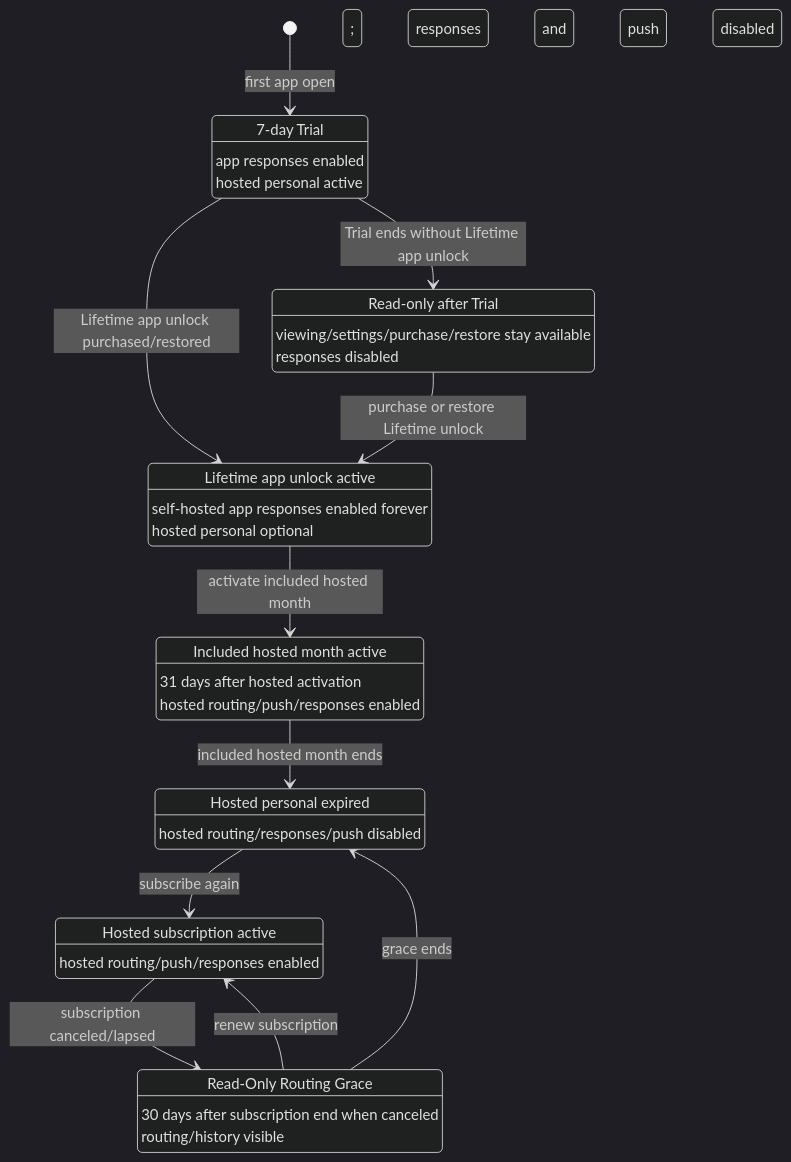
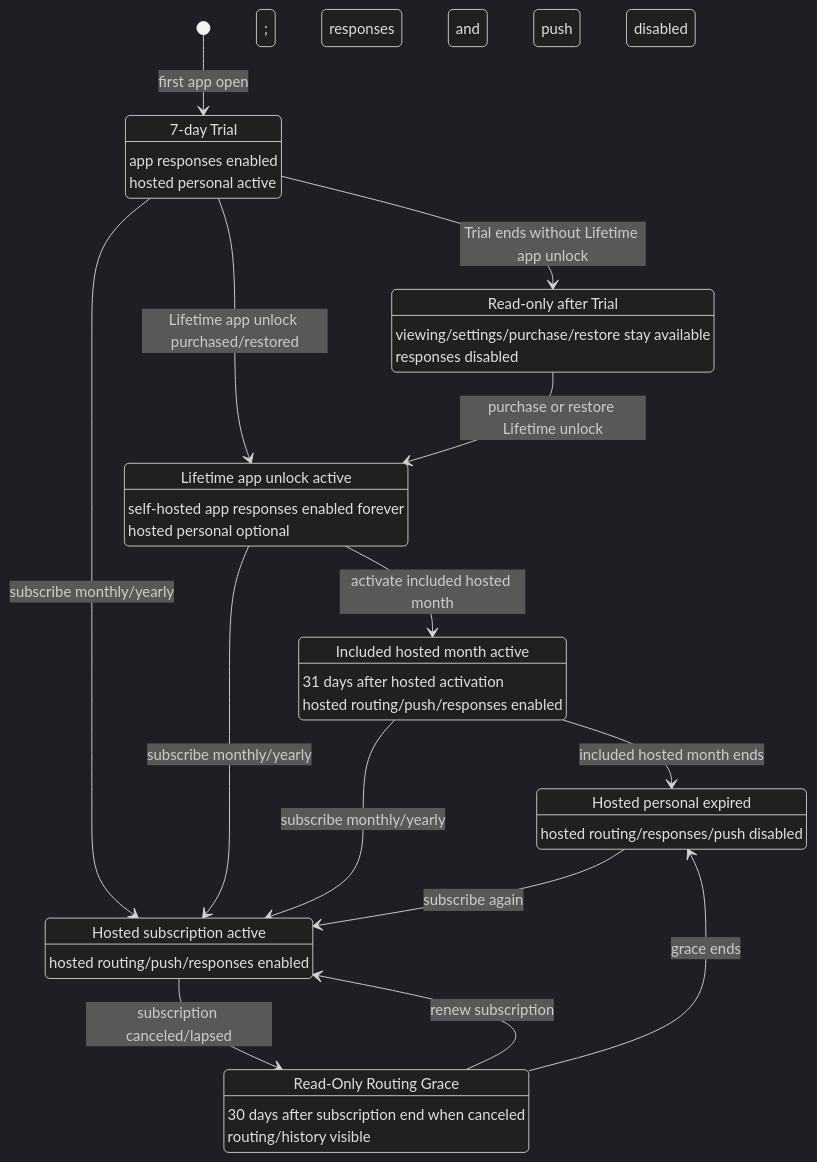
Before and after one commit to self-deprecated/agent-tick: the diagram in docs/entitlement-lifecycle.md, drawn with Mermaid (dark theme). The commit also changed other lines of this file and 22 other files, not shown here.

Commit message:
fix(billing): allow hosted subscriptions during trial

````diff
--- a/docs/entitlement-lifecycle.md
+++ b/docs/entitlement-lifecycle.md
@@ -12,38 +12,41 @@
 ```mermaid
 stateDiagram-v2
   [*] --> TrialActive: first app open
   TrialActive: 7-day Trial
   TrialActive: app responses enabled
   TrialActive: hosted personal active
   TrialActive --> TrialReadOnly: Trial ends without Lifetime app unlock
   TrialActive --> LifetimeUnlocked: Lifetime app unlock purchased/restored
+  TrialActive --> HostedSubscriptionActive: subscribe monthly/yearly
 
   TrialReadOnly: Read-only after Trial
   TrialReadOnly: viewing/settings/purchase/restore stay available
   TrialReadOnly: responses disabled
   TrialReadOnly --> LifetimeUnlocked: purchase or restore Lifetime unlock
 
   LifetimeUnlocked: Lifetime app unlock active
   LifetimeUnlocked: self-hosted app responses enabled forever
   LifetimeUnlocked: hosted personal optional
   LifetimeUnlocked --> IncludedHostedMonth: activate included hosted month
+  LifetimeUnlocked --> HostedSubscriptionActive: subscribe monthly/yearly
 
   IncludedHostedMonth: Included hosted month active
   IncludedHostedMonth: 31 days after hosted activation
   IncludedHostedMonth: hosted routing/push/responses enabled
   IncludedHostedMonth --> HostedExpired: included hosted month ends
+  IncludedHostedMonth --> HostedSubscriptionActive: subscribe monthly/yearly
 
   HostedSubscriptionActive: Hosted subscription active
   HostedSubscriptionActive: hosted routing/push/responses enabled
   HostedSubscriptionActive --> ReadOnlyRoutingGrace: subscription canceled/lapsed
 
   ReadOnlyRoutingGrace: Read-Only Routing Grace
   ReadOnlyRoutingGrace: 30 days after subscription end when canceled
   ReadOnlyRoutingGrace: routing/history visible; responses and push disabled
   ReadOnlyRoutingGrace --> HostedSubscriptionActive: renew subscription
   ReadOnlyRoutingGrace --> HostedExpired: grace ends
 
   HostedExpired: Hosted personal expired
   HostedExpired: hosted routing/responses/push disabled
   HostedExpired --> HostedSubscriptionActive: subscribe again
 ```
````
